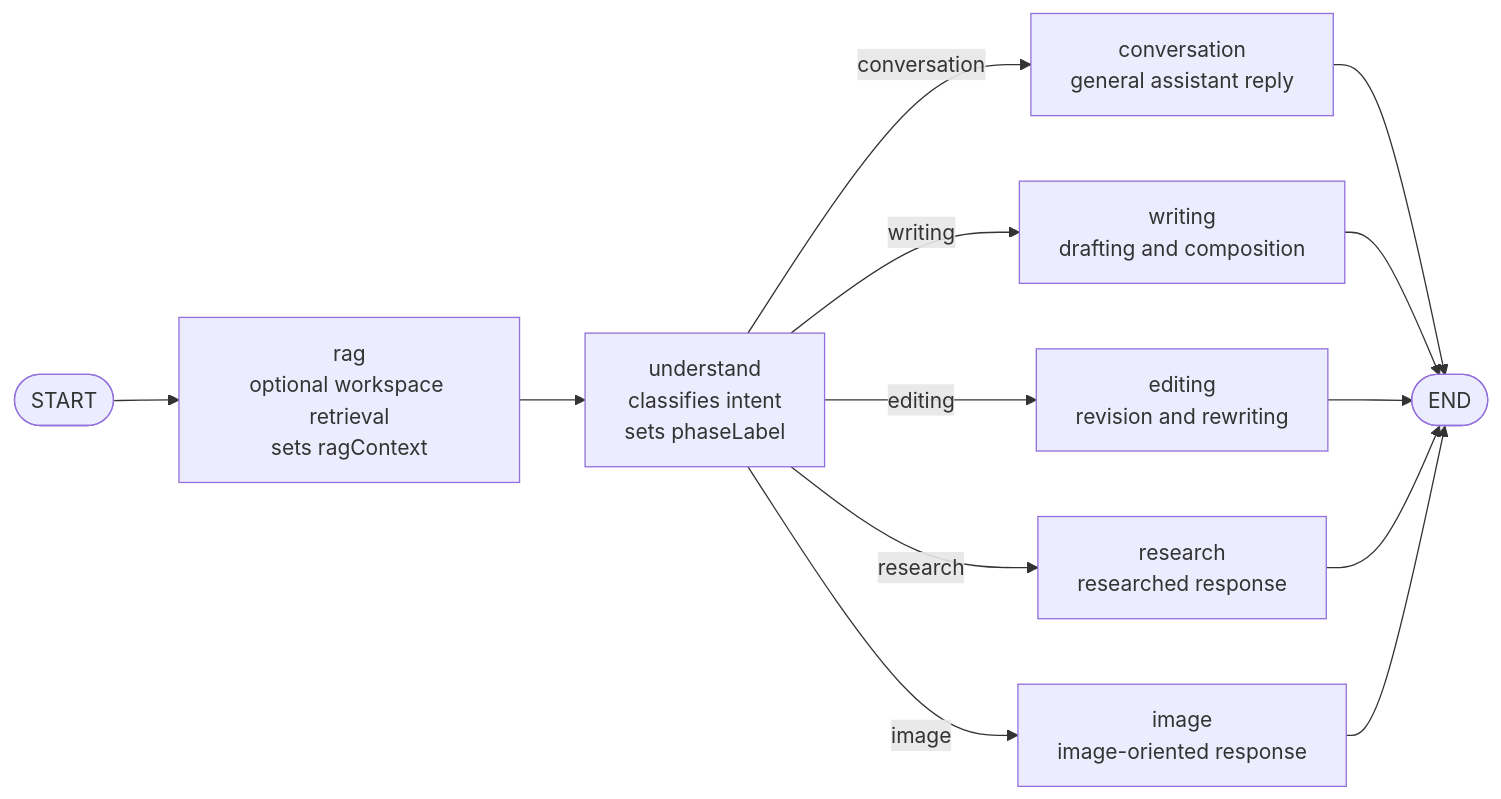
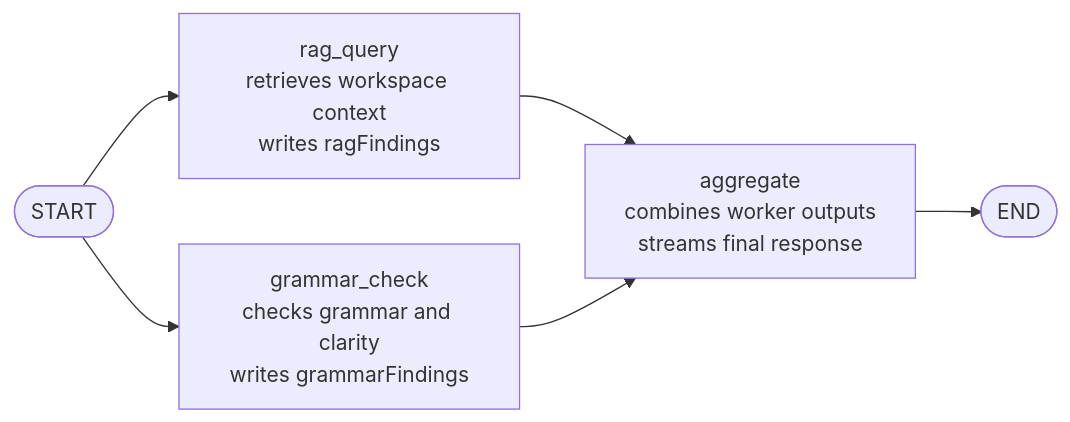
The diagram in src/main/ai/assistant/AGENTS.md (HaraldBregu/OpenWriter), drawn with Mermaid before and after one commit. The commit also changed other lines of this file and 25 other files, not shown here.

Commit message:
auto: refactor assistant parallel worker graph

````diff
--- a/src/main/ai/assistant/AGENTS.md
+++ b/src/main/ai/assistant/AGENTS.md
@@ -16,17 +16,10 @@
 ```mermaid
 flowchart LR
-	Start([START]) --> RAG["rag<br/>optional workspace retrieval<br/>sets ragContext"]
-	RAG --> Understand["understand<br/>classifies intent<br/>sets phaseLabel"]
+	Start([START]) --> RagQuery["rag_query<br/>retrieves workspace context<br/>writes ragFindings"]
+	Start([START]) --> GrammarCheck["grammar_check<br/>checks grammar and clarity<br/>writes grammarFindings"]
 
-	Understand -->|conversation| Conversation["conversation<br/>general assistant reply"]
-	Understand -->|writing| Writing["writing<br/>drafting and composition"]
-	Understand -->|editing| Editing["editing<br/>revision and rewriting"]
-	Understand -->|research| Research["research<br/>researched response"]
-	Understand -->|image| Image["image<br/>image-oriented response"]
+	RagQuery --> Aggregate["aggregate<br/>combines worker outputs<br/>streams final response"]
+	GrammarCheck --> Aggregate
 
-	Conversation --> End([END])
-	Writing --> End
-	Editing --> End
-	Research --> End
-	Image --> End
+	Aggregate --> End([END])
 ```
````
